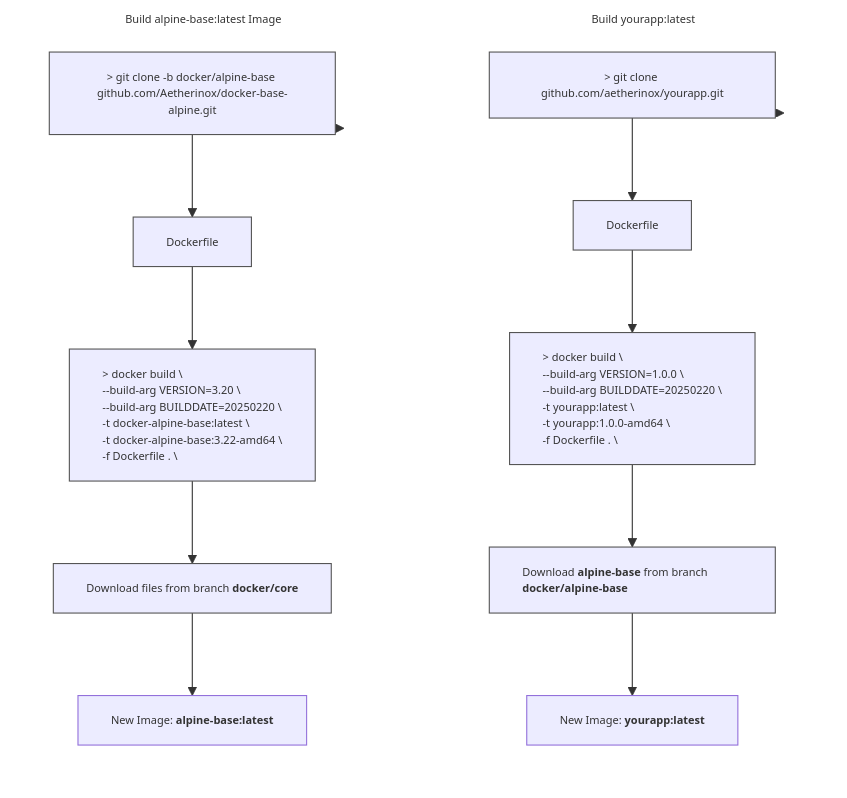
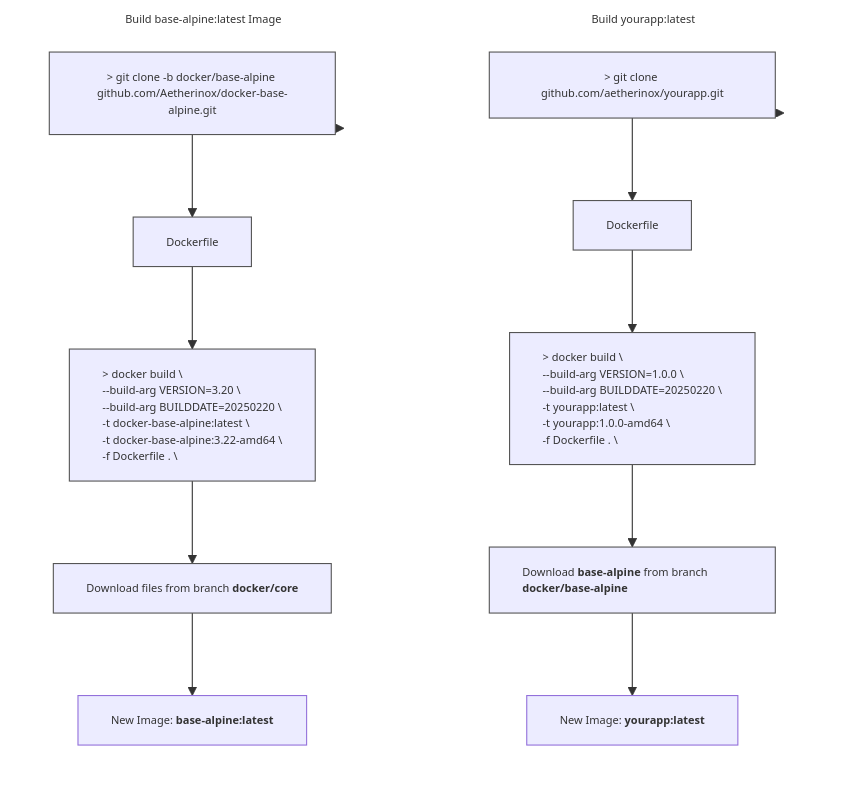
The diagram in README.md (aetherinox/docker-base-alpine), drawn with Mermaid before and after one commit. The commit also changed other lines of this file, not shown here.

````diff
--- a/README.md
+++ b/README.md
@@ -989,49 +988,49 @@
 ```mermaid
 %%{init: { 'themeVariables': { 'fontSize': '10px' }}}%%
 flowchart TB
 
 subgraph GRAPH_YOURAPP ["Build yourapp:latest"]
     direction TB
     obj_step10["`&gt; git clone github.com/aetherinox/yourapp.git`"]
     obj_step11["`Dockerfile`"]
     obj_step12["`&gt; docker build &bsol;
     --build-arg VERSION=1.0.0 &bsol;
     --build-arg BUILDDATE=20250220 &bsol;
     -t yourapp:latest &bsol;
     -t yourapp:1.0.0-amd64 &bsol;
     -f Dockerfile . &bsol;`"]
-    obj_step13["`Download **alpine-base** from branch **docker/alpine-base**`"]
+    obj_step13["`Download **base-alpine** from branch **docker/base-alpine**`"]
     obj_step14["`New Image: **yourapp:latest**`"]
 
     style obj_step10 text-align:center,stroke-width:1px,stroke:#555
     style obj_step11 text-align:left,stroke-width:1px,stroke:#555
     style obj_step12 text-align:left,stroke-width:1px,stroke:#555
     style obj_step13 text-align:left,stroke-width:1px,stroke:#555
 end
 
 style GRAPH_YOURAPP text-align:center,stroke-width:1px,stroke:transparent,fill:transparent
 
-subgraph GRAPH_ALPINE["Build alpine-base:latest Image"]
+subgraph GRAPH_ALPINE["Build base-alpine:latest Image"]
 direction TB
-    obj_step20["`&gt; git clone -b docker/alpine-base github.com/Aetherinox/docker-base-alpine.git`"]
+    obj_step20["`&gt; git clone -b docker/base-alpine github.com/Aetherinox/docker-base-alpine.git`"]
     obj_step21["`Dockerfile`"]
     obj_step22["`&gt; docker build &bsol;
     --build-arg VERSION=3.20 &bsol;
     --build-arg BUILDDATE=20250220 &bsol;
-    -t docker-alpine-base:latest &bsol;
-    -t docker-alpine-base:3.22-amd64 &bsol;
+    -t docker-base-alpine:latest &bsol;
+    -t docker-base-alpine:3.22-amd64 &bsol;
     -f Dockerfile . &bsol;`"]
     obj_step23["`Download files from branch **docker/core**`"]
-    obj_step24["`New Image: **alpine-base:latest**`"]
+    obj_step24["`New Image: **base-alpine:latest**`"]
 
     style obj_step20 text-align:center,stroke-width:1px,stroke:#555
     style obj_step21 text-align:left,stroke-width:1px,stroke:#555
     style obj_step22 text-align:left,stroke-width:1px,stroke:#555
     style obj_step23 text-align:left,stroke-width:1px,stroke:#555
 end
 
 style GRAPH_ALPINE text-align:center,stroke-width:1px,stroke:transparent,fill:transparent
 
 GRAPH_YOURAPP --> obj_step10 --> obj_step11 --> obj_step12 --> obj_step13 --> obj_step14
 GRAPH_ALPINE --> obj_step20 --> obj_step21 --> obj_step22 --> obj_step23 --> obj_step24
 ```
````
